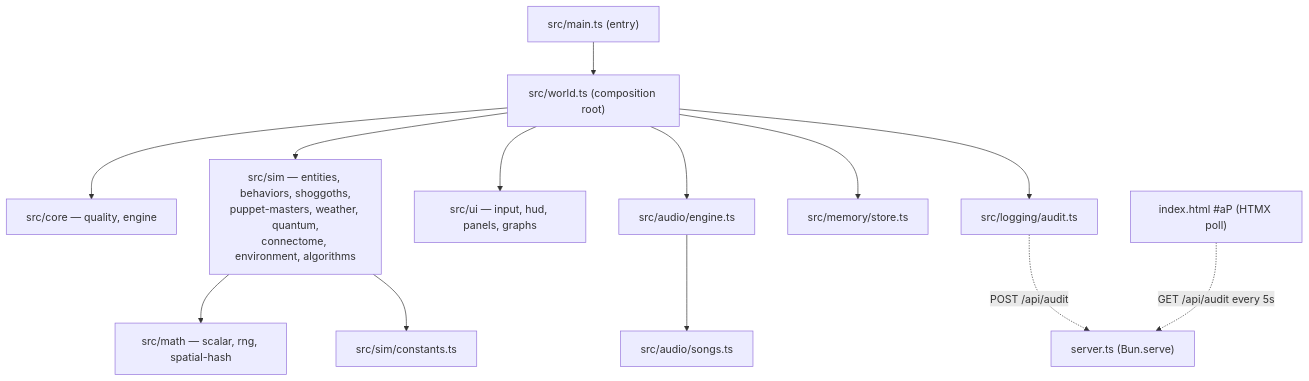
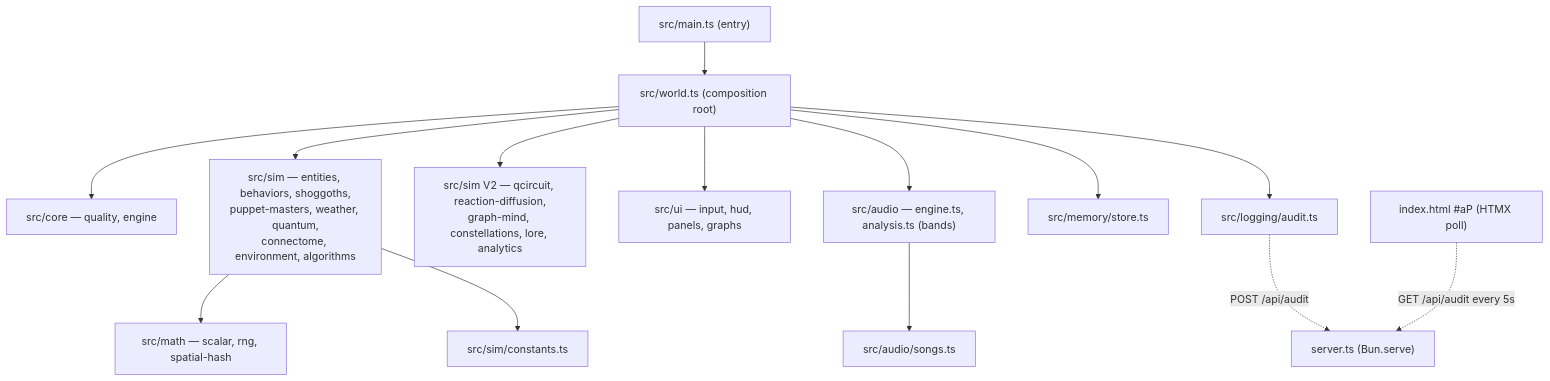
The diagram in README.md (0thernes/cosmogonic-quantum-mechalogodrom), drawn with Mermaid before and after one commit. The commit also changed other lines of this file and 47 other files, not shown here.

````diff
--- a/README.md
+++ b/README.md
@@ -112,15 +157,16 @@
 ```mermaid
 graph TD
   main["src/main.ts (entry)"] --> world["src/world.ts (composition root)"]
   world --> core["src/core — quality, engine"]
   world --> sim["src/sim — entities, behaviors, shoggoths,\npuppet-masters, weather, quantum,\nconnectome, environment, algorithms"]
+  world --> v2["src/sim V2 — qcircuit, reaction-diffusion,\ngraph-mind, constellations, lore, analytics"]
   world --> ui["src/ui — input, hud, panels, graphs"]
-  world --> audio["src/audio/engine.ts"]
+  world --> audio["src/audio — engine.ts, analysis.ts (bands)"]
   world --> mem["src/memory/store.ts"]
   world --> audit["src/logging/audit.ts"]
   sim --> math["src/math — scalar, rng, spatial-hash"]
   sim --> constants["src/sim/constants.ts"]
   audio --> songs["src/audio/songs.ts"]
   audit -. "POST /api/audit" .-> server["server.ts (Bun.serve)"]
   htmx["index.html #aP (HTMX poll)"] -. "GET /api/audit every 5s" .-> server
 ```
````
